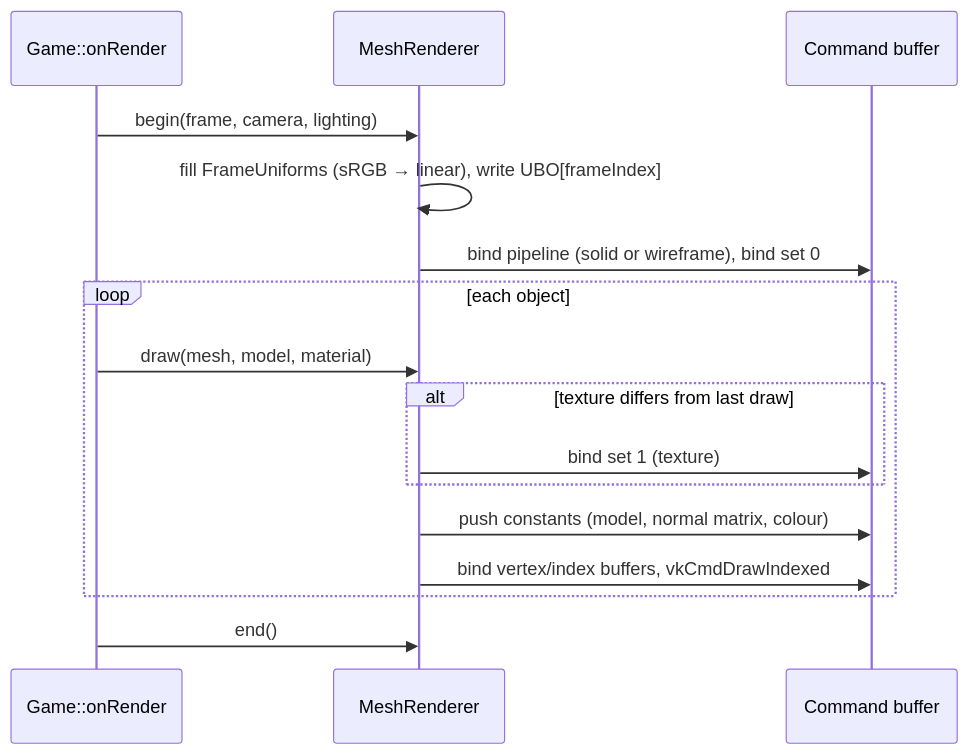
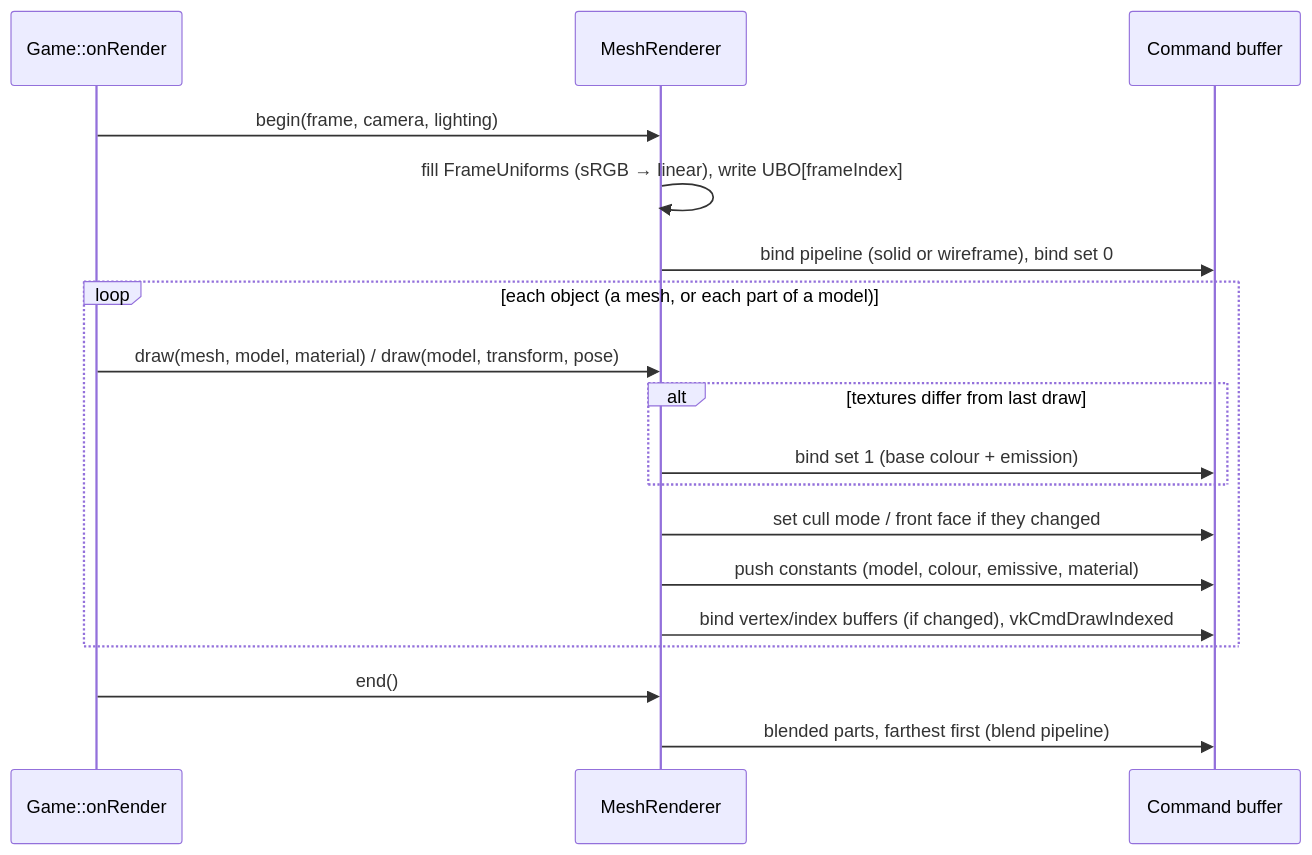
The ninth of 11 diagrams in docs/ARCHITECTURE.md (Chuck5ta/3DBaseFramework), drawn with Mermaid before and after one commit. The commit also changed other lines of this file and 24 other files, not shown here.

````diff
--- a/docs/ARCHITECTURE.md
+++ b/docs/ARCHITECTURE.md
@@ -700,19 +753,21 @@
 ```mermaid
 sequenceDiagram
     participant G as Game::onRender
     participant MR as MeshRenderer
     participant Cmd as Command buffer
 
     G->>MR: begin(frame, camera, lighting)
     MR->>MR: fill FrameUniforms (sRGB → linear), write UBO[frameIndex]
     MR->>Cmd: bind pipeline (solid or wireframe), bind set 0
-    loop each object
-        G->>MR: draw(mesh, model, material)
-        alt texture differs from last draw
-            MR->>Cmd: bind set 1 (texture)
+    loop each object (a mesh, or each part of a model)
+        G->>MR: draw(mesh, model, material) / draw(model, transform, pose)
+        alt textures differ from last draw
+            MR->>Cmd: bind set 1 (base colour + emission)
         end
-        MR->>Cmd: push constants (model, normal matrix, colour)
-        MR->>Cmd: bind vertex/index buffers, vkCmdDrawIndexed
+        MR->>Cmd: set cull mode / front face if they changed
+        MR->>Cmd: push constants (model, colour, emissive, material)
+        MR->>Cmd: bind vertex/index buffers (if changed), vkCmdDrawIndexed
     end
     G->>MR: end()
+    MR->>Cmd: blended parts, farthest first (blend pipeline)
 ```
````
